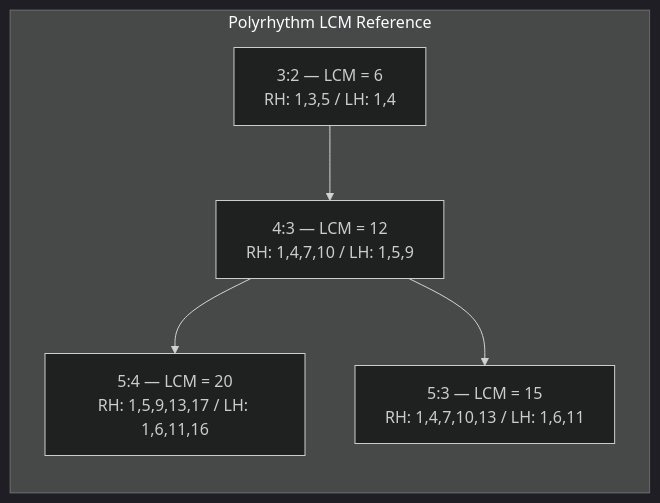
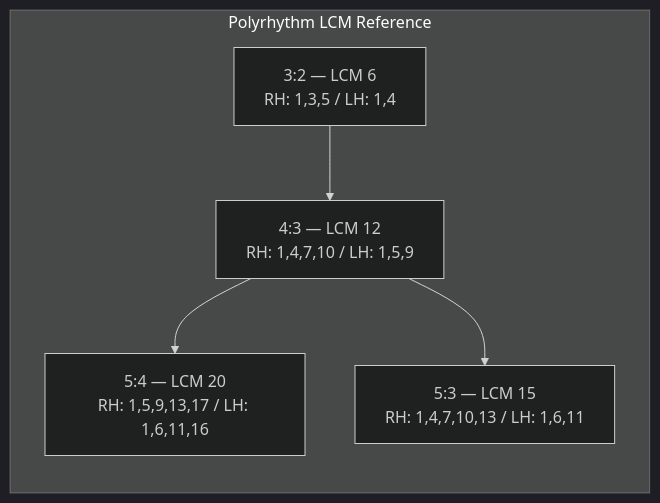
The fourth of 6 diagrams in topics/arts/music_performance/piano/labs.md (blebleblee/synapse), drawn with Mermaid (dark theme) before and after one commit. The commit also changed other lines of this file and 4 other files, not shown here.

````diff
--- a/topics/arts/music_performance/piano/labs.md
+++ b/topics/arts/music_performance/piano/labs.md
@@ -494,12 +446,12 @@
 ```mermaid
 graph LR
     subgraph sub_poly ["Polyrhythm LCM Reference"]
-        P32["3:2 — LCM = 6\nRH: 1,3,5 / LH: 1,4"]
-        P43["4:3 — LCM = 12\nRH: 1,4,7,10 / LH: 1,5,9"]
-        P54["5:4 — LCM = 20\nRH: 1,5,9,13,17 / LH: 1,6,11,16"]
-        P53["5:3 — LCM = 15\nRH: 1,4,7,10,13 / LH: 1,6,11"]
+        P32["3:2 — LCM 6<br/>RH: 1,3,5 / LH: 1,4"]
+        P43["4:3 — LCM 12<br/>RH: 1,4,7,10 / LH: 1,5,9"]
+        P54["5:4 — LCM 20<br/>RH: 1,5,9,13,17 / LH: 1,6,11,16"]
+        P53["5:3 — LCM 15<br/>RH: 1,4,7,10,13 / LH: 1,6,11"]
     end
 
     P32 --> P43 --> P54
     P43 --> P53
 ```
````
